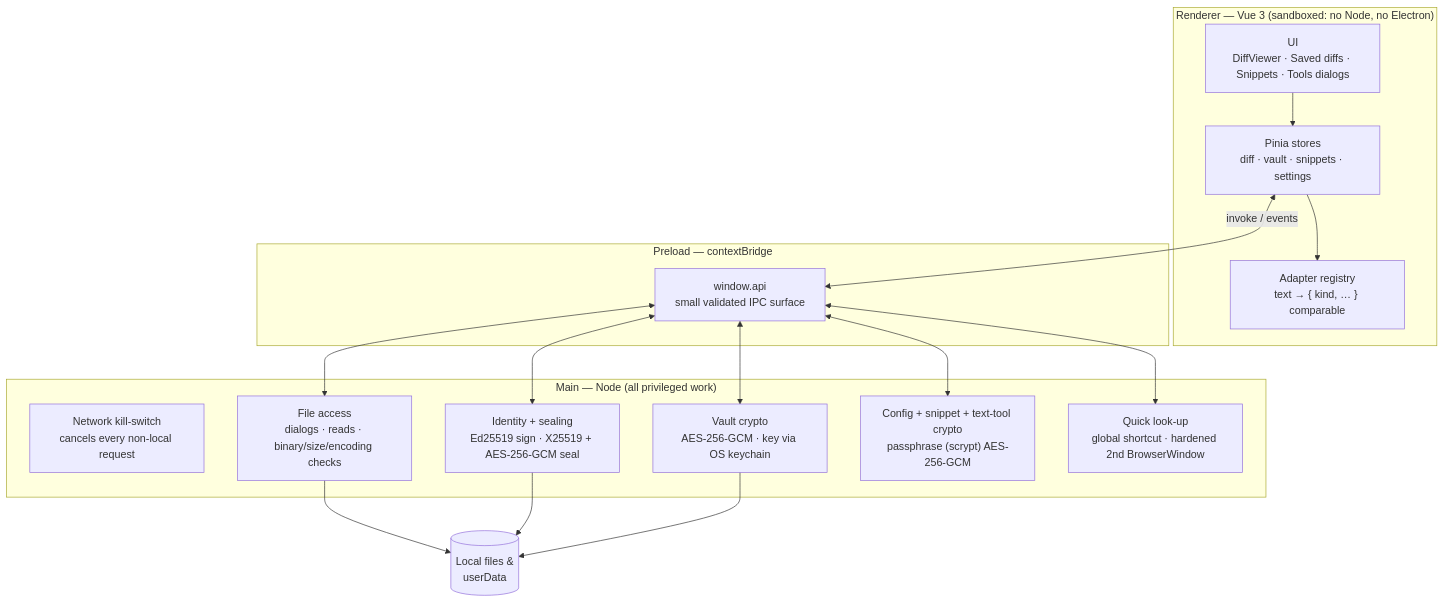
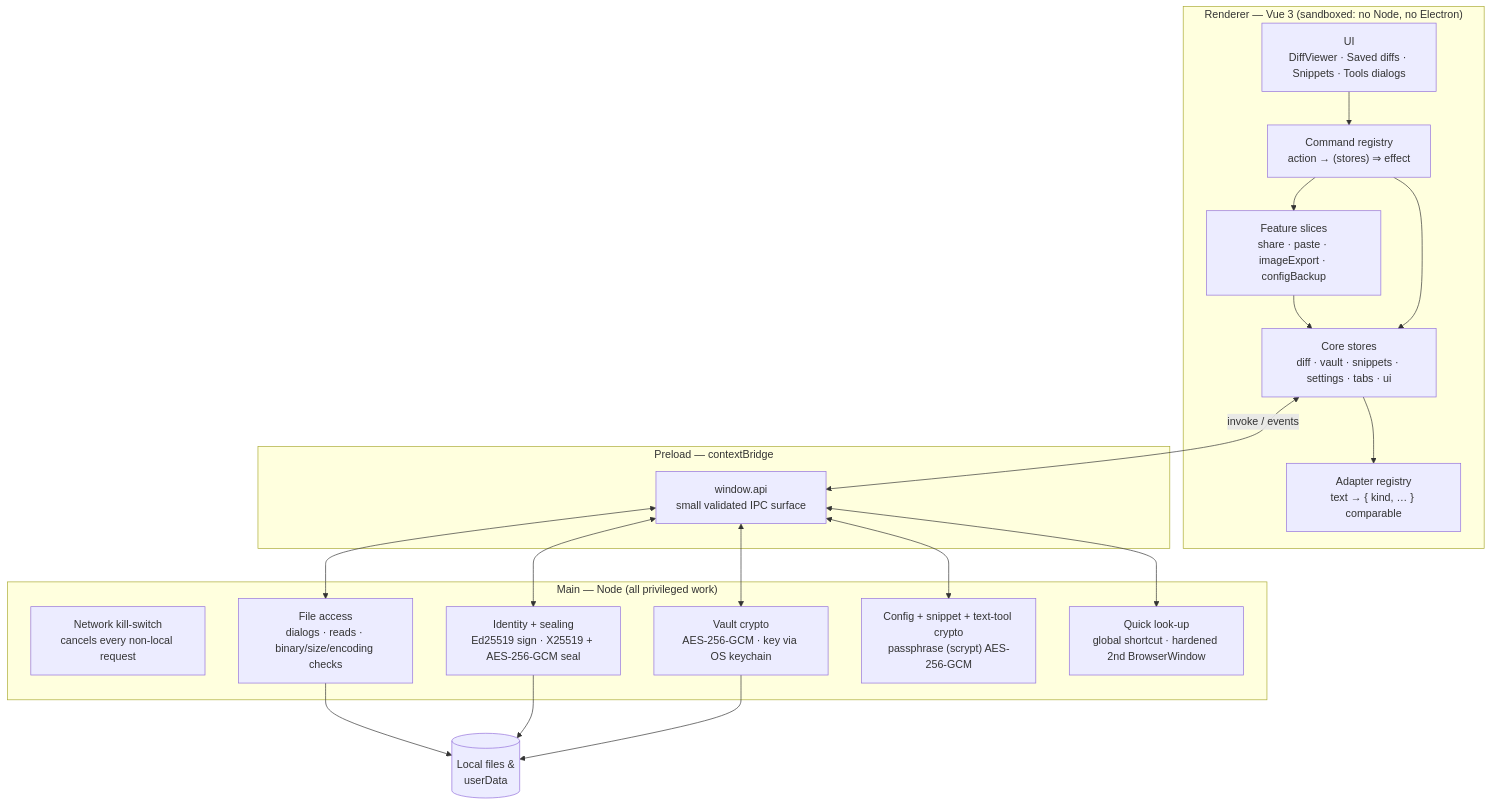
One commit to mindaugaskasp/diff-bro changed the diagram in docs/architecture.md. Above: the diagram before and after it, drawn with Mermaid. The commit also changed other lines of this file and 98 other files, not shown here.

````diff
--- a/docs/architecture.md
+++ b/docs/architecture.md
@@ -8,34 +8,37 @@
 ```mermaid
 flowchart TB
     subgraph R["Renderer — Vue 3 (sandboxed: no Node, no Electron)"]
         ui["UI<br/>DiffViewer · Saved diffs · Snippets · Tools dialogs"]
-        stores["Pinia stores<br/>diff · vault · snippets · settings"]
+        cmds["Command registry<br/>action → (stores) ⇒ effect"]
+        slices["Feature slices<br/>share · paste · imageExport · configBackup"]
+        stores["Core stores<br/>diff · vault · snippets · settings · tabs · ui"]
         adapters["Adapter registry<br/>text → { kind, … } comparable"]
-        ui --> stores --> adapters
+        ui --> cmds --> slices --> stores --> adapters
+        cmds --> stores
     end
 
     subgraph PR["Preload — contextBridge"]
         api["window.api<br/>small validated IPC surface"]
     end
 
     subgraph M["Main — Node (all privileged work)"]
         killswitch["Network kill-switch<br/>cancels every non-local request"]
         fileio["File access<br/>dialogs · reads · binary/size/encoding checks"]
         vaultkey["Vault crypto<br/>AES-256-GCM · key via OS keychain"]
         sealing["Identity + sealing<br/>Ed25519 sign · X25519 + AES-256-GCM seal"]
         cfg["Config + snippet + text-tool crypto<br/>passphrase (scrypt) AES-256-GCM"]
         quicklook["Quick look-up<br/>global shortcut · hardened 2nd BrowserWindow"]
     end
 
     disk[("Local files &<br/>userData")]
 
     stores <-->|"invoke / events"| api
     api <--> fileio
     api <--> vaultkey
     api <--> sealing
     api <--> cfg
     fileio --> disk
     sealing --> disk
     vaultkey --> disk
     api <--> quicklook
 ```
````
